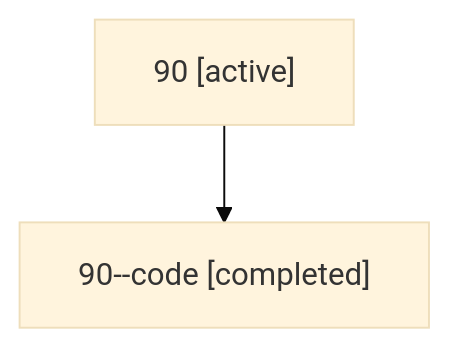
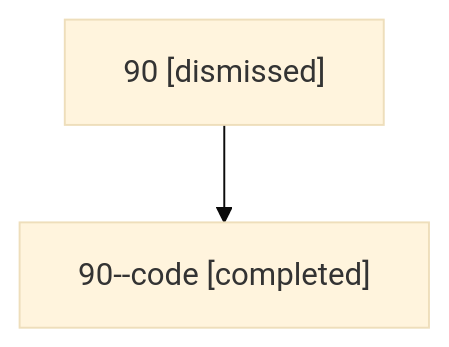
The diagram in sessions/bbugyi200.athena.90.md (sase-org/sase--agents), drawn with Mermaid (base theme) before and after one commit. The commit also changed other lines of this file and 26 other files, not shown here.

````diff
--- a/sessions/bbugyi200.athena.90.md
+++ b/sessions/bbugyi200.athena.90.md
@@ -9,6 +9,6 @@
 ```mermaid
 flowchart TD
-  n0["90 [active]"]
+  n0["90 [dismissed]"]
   n1["90--code [completed]"]
   n0 --> n1
 ```
````
